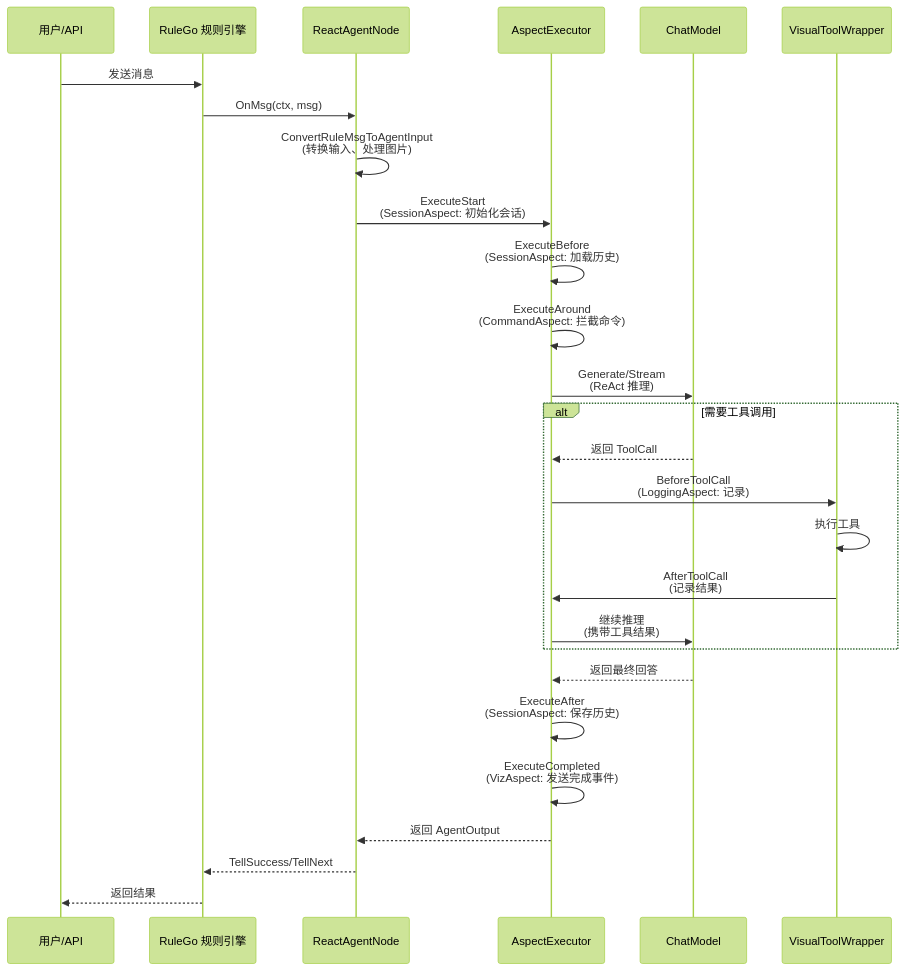
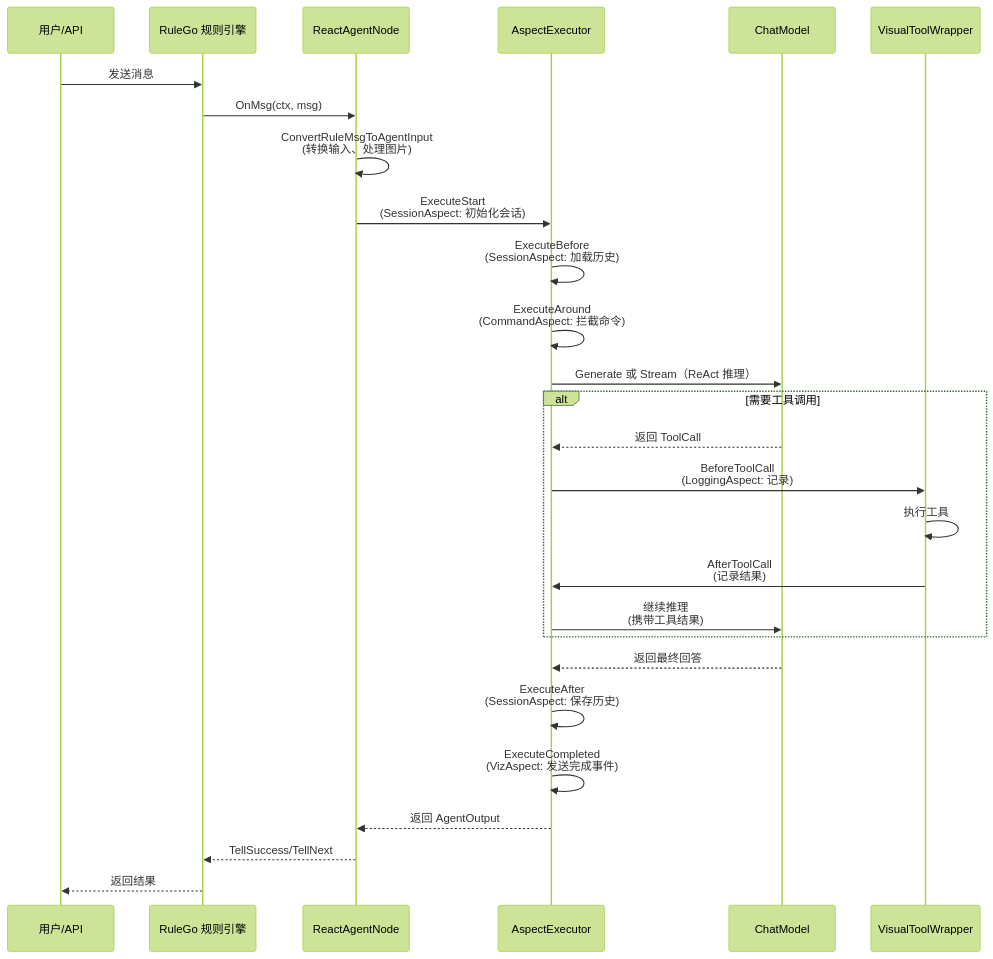
One commit to rulego/rulego-doc changed the fifth of 5 diagrams in docs/01.指南/04.扩展组件/06.ai/07.智能体/01.架构设计.md. Above: the diagram before and after it, drawn with Mermaid (forest theme). The commit also changed other lines of this file and 29 other files, not shown here.

````diff
--- a/docs/01.指南/04.扩展组件/06.ai/07.智能体/01.架构设计.md
+++ b/docs/01.指南/04.扩展组件/06.ai/07.智能体/01.架构设计.md
@@ -237,35 +207,35 @@
 ```mermaid
 sequenceDiagram
     participant User as 用户/API
     participant RuleGo as RuleGo 规则引擎
     participant Agent as ReactAgentNode
     participant Aspect as AspectExecutor
     participant LLM as ChatModel
     participant Tool as VisualToolWrapper
 
     User->>RuleGo: 发送消息
     RuleGo->>Agent: OnMsg(ctx, msg)
     Agent->>Agent: ConvertRuleMsgToAgentInput<br/>(转换输入、处理图片)
     Agent->>Aspect: ExecuteStart<br/>(SessionAspect: 初始化会话)
 
     Aspect->>Aspect: ExecuteBefore<br/>(SessionAspect: 加载历史)
     Aspect->>Aspect: ExecuteAround<br/>(CommandAspect: 拦截命令)
 
-    Aspect->>LLM: Generate/Stream<br/>(ReAct 推理)
+    Aspect->>LLM: Generate 或 Stream（ReAct 推理）
 
     alt 需要工具调用
         LLM-->>Aspect: 返回 ToolCall
         Aspect->>Tool: BeforeToolCall<br/>(LoggingAspect: 记录)
         Tool->>Tool: 执行工具
         Tool->>Aspect: AfterToolCall<br/>(记录结果)
         Aspect->>LLM: 继续推理<br/>(携带工具结果)
     end
 
     LLM-->>Aspect: 返回最终回答
     Aspect->>Aspect: ExecuteAfter<br/>(SessionAspect: 保存历史)
     Aspect->>Aspect: ExecuteCompleted<br/>(VizAspect: 发送完成事件)
 
     Aspect-->>Agent: 返回 AgentOutput
     Agent-->>RuleGo: TellSuccess/TellNext
     RuleGo-->>User: 返回结果
 ```
````
